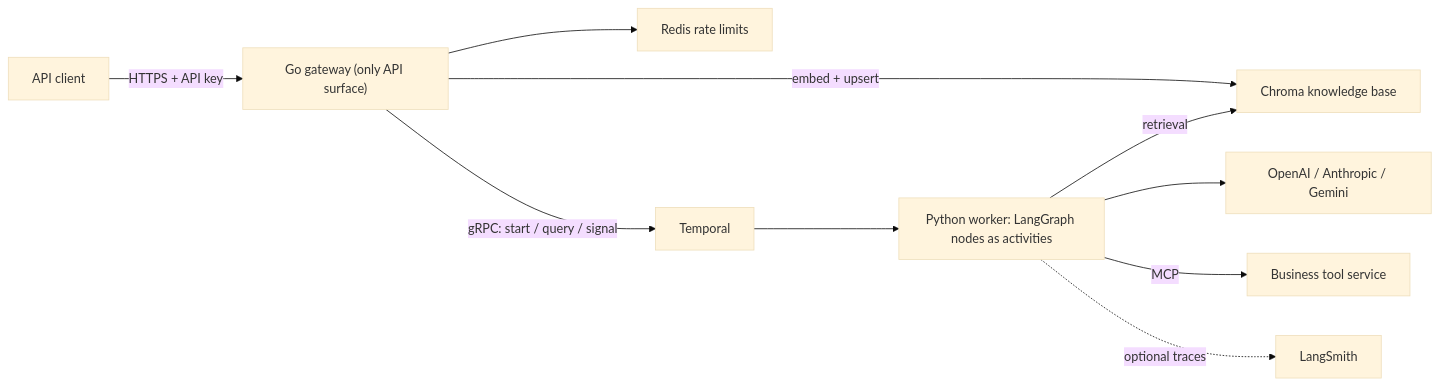
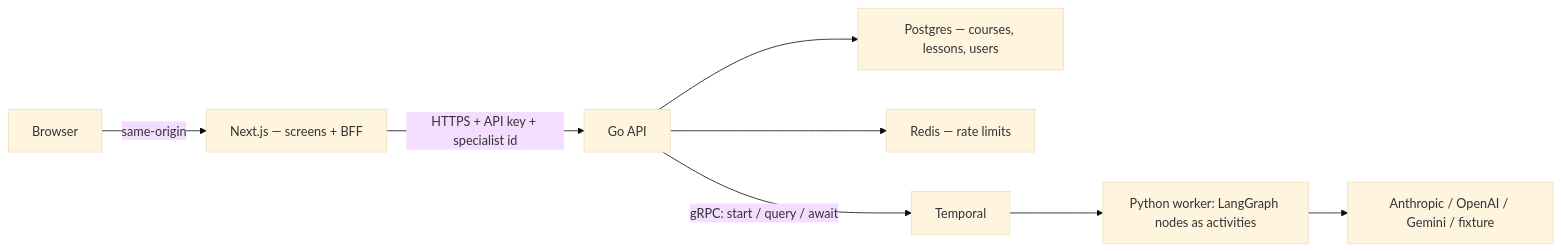
One commit to conghan-tay/KPI-Courses changed the first of 2 diagrams in README.md. Above: the diagram before and after it, drawn with Mermaid (base theme). The commit also changed other lines of this file and 103 other files, not shown here.

Commit message:
add be and graph

````diff
--- a/README.md
+++ b/README.md
@@ -40,12 +32,10 @@
 ```mermaid
 flowchart LR
-    Client["API client"] -->|"HTTPS + API key"| Gateway["Go gateway (only API surface)"]
-    Gateway --> Redis["Redis rate limits"]
-    Gateway -->|"embed + upsert"| Chroma["Chroma knowledge base"]
-    Gateway -->|"gRPC: start / query / signal"| Temporal["Temporal"]
+    Browser["Browser"] -->|"same-origin"| Web["Next.js — screens + BFF"]
+    Web -->|"HTTPS + API key + specialist id"| Gateway["Go API"]
+    Gateway --> Postgres["Postgres — courses, lessons, users"]
+    Gateway --> Redis["Redis — rate limits"]
+    Gateway -->|"gRPC: start / query / await"| Temporal["Temporal"]
     Temporal --> Worker["Python worker: LangGraph nodes as activities"]
-    Worker --> Model["OpenAI / Anthropic / Gemini"]
-    Worker -->|"retrieval"| Chroma
-    Worker -->|"MCP"| Tools["Business tool service"]
-    Worker -.->|"optional traces"| LangSmith["LangSmith"]
+    Worker --> Model["Anthropic / OpenAI / Gemini / fixture"]
 ```
````
